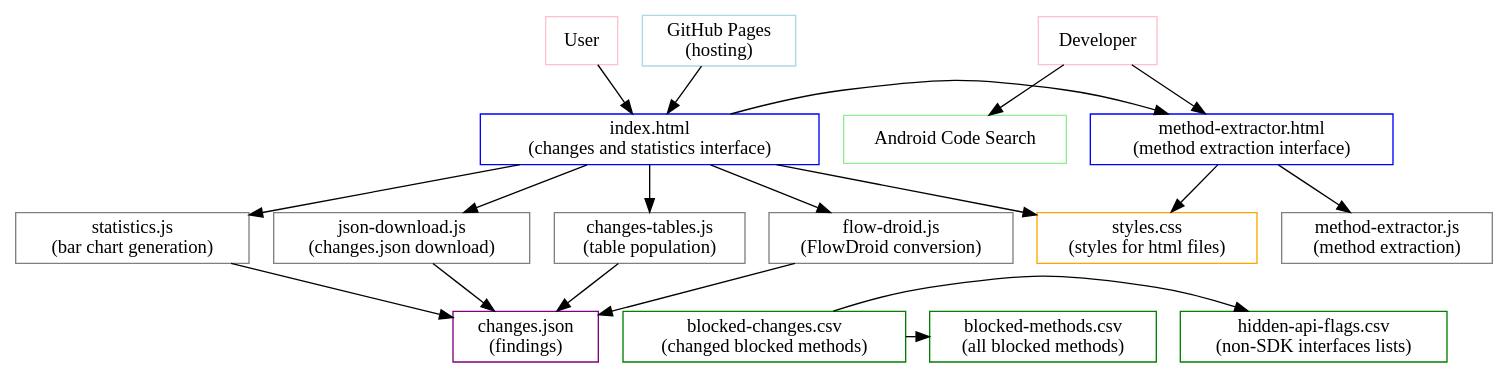
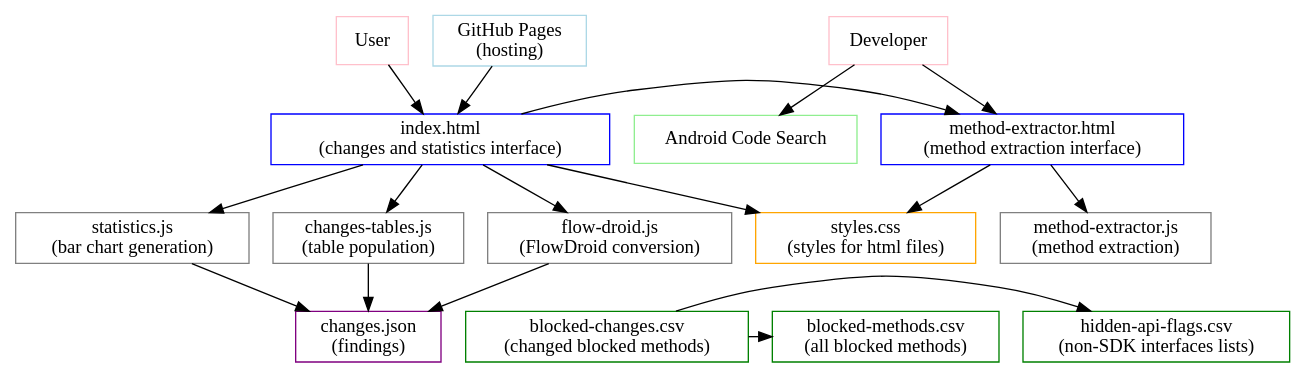
Before and after one commit to Laurax64/Sources-Sinks-Android-API-35: the diagram in overview.dot, drawn with Graphviz.

Commit message:
Remove json_download.js from overview.dot and update related dependencies

```diff
--- a/overview.dot
+++ b/overview.dot
@@ -1,58 +1,55 @@
 digraph {
 	graph [rankdir = TB]
 	node[shape = rectangle]
 	
     { rank=same; index_html; method_extractor_html;}
-    { rank=same; changes_tables_js; flow_droid_js; method_extractor_js; statistics_js; json_download_js; }
+    { rank=same; changes_tables_js; flow_droid_js; method_extractor_js; statistics_js}
     { rank=same; hidden_api_csv; blocked_methods_csv; blocked_changes_csv; changes_json}
     { rank=same; user; developer; github_pages}
 
    
     user [label = User, color = pink] 
     developer[label = Developer, color = pink]
     github_pages [label = "GitHub Pages\n(hosting)" color = lightblue]
     
 	styles_css [label = "styles.css\n(styles for html files)", color = orange]
 	 
 	index_html [label = "index.html\n(changes and statistics interface)", color = blue]
 	method_extractor_html [label="method-extractor.html\n(method extraction interface)", color = blue]
 	
 	changes_tables_js [label = "changes-tables.js\n(table population)", color = gray]
 	flow_droid_js [label = "flow-droid.js\n(FlowDroid conversion)", color = gray]
 	method_extractor_js [label="method-extractor.js\n(method extraction)",  color = gray]
 	statistics_js [label = "statistics.js\n(bar chart generation)",  color = gray]
-	json_download_js[label = "json-download.js\n(changes.json download)",  color = gray]
-	
+
 	hidden_api_csv [label = "hidden-api-flags.csv\n(non-SDK interfaces lists)", color = green]
 	blocked_methods_csv [label = "blocked-methods.csv\n(all blocked methods)", color = green]
 	blocked_changes_csv [label = "blocked-changes.csv\n(changed blocked methods)", color = green]
 
 	changes_json [label = "changes.json\n(findings)" color = purple]
     
 	android_code_search [label = "Android Code Search" color = lightGreen] 
 	
 
   	user -> index_html 
   	developer -> method_extractor_html 
   	developer -> android_code_search 
   	github_pages -> index_html
   	
     index_html -> styles_css
   	index_html -> method_extractor_html
 	index_html -> changes_tables_js
 	index_html -> flow_droid_js
 	index_html -> statistics_js
-	index_html -> json_download_js
 	method_extractor_html -> styles_css
 	method_extractor_html -> method_extractor_js
 	
 	
     changes_tables_js -> changes_json
 	flow_droid_js -> changes_json
 	statistics_js -> changes_json
-	json_download_js -> changes_json
-	
+
 	blocked_changes_csv -> hidden_api_csv 
 	blocked_changes_csv -> blocked_methods_csv
 	
 }
```
